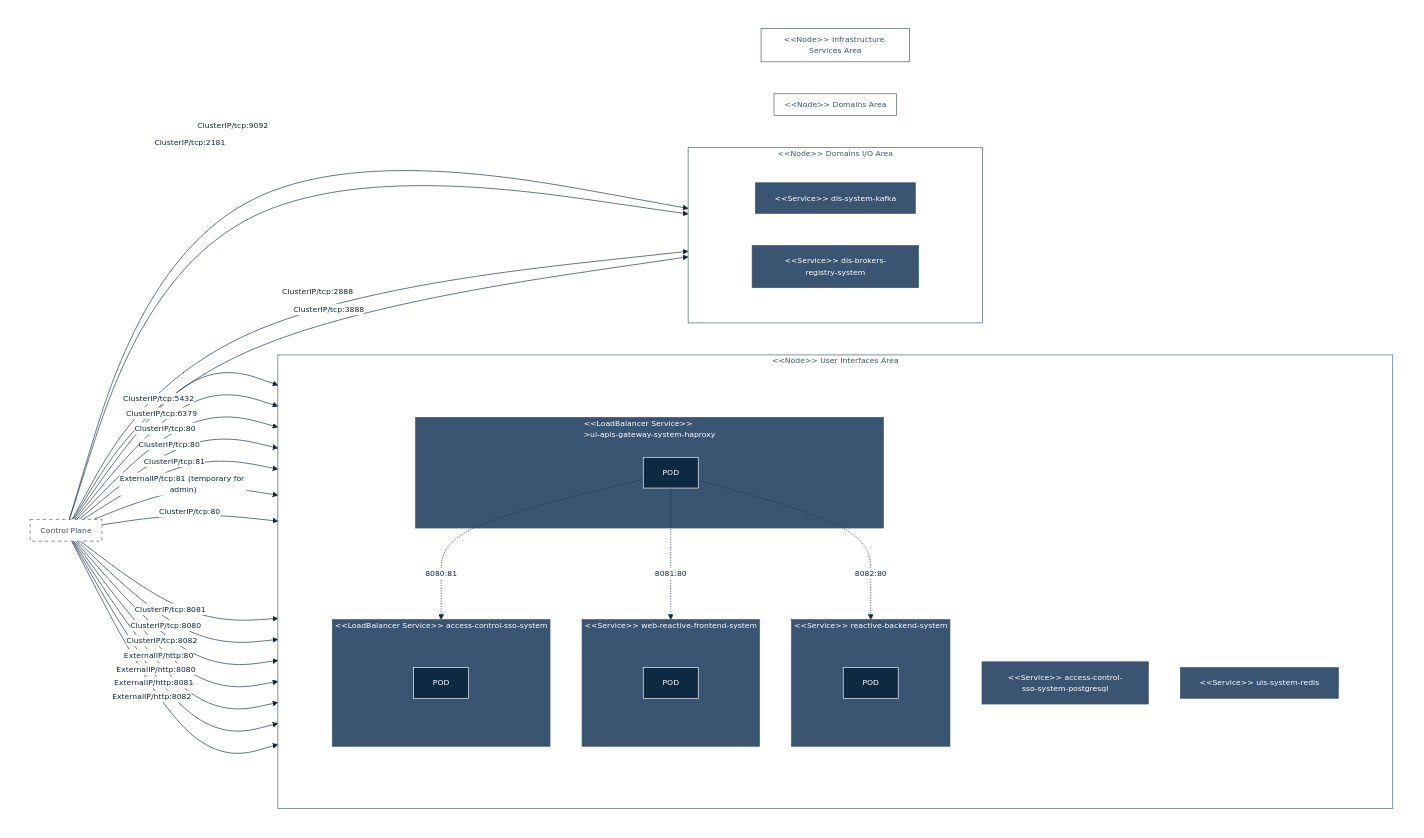
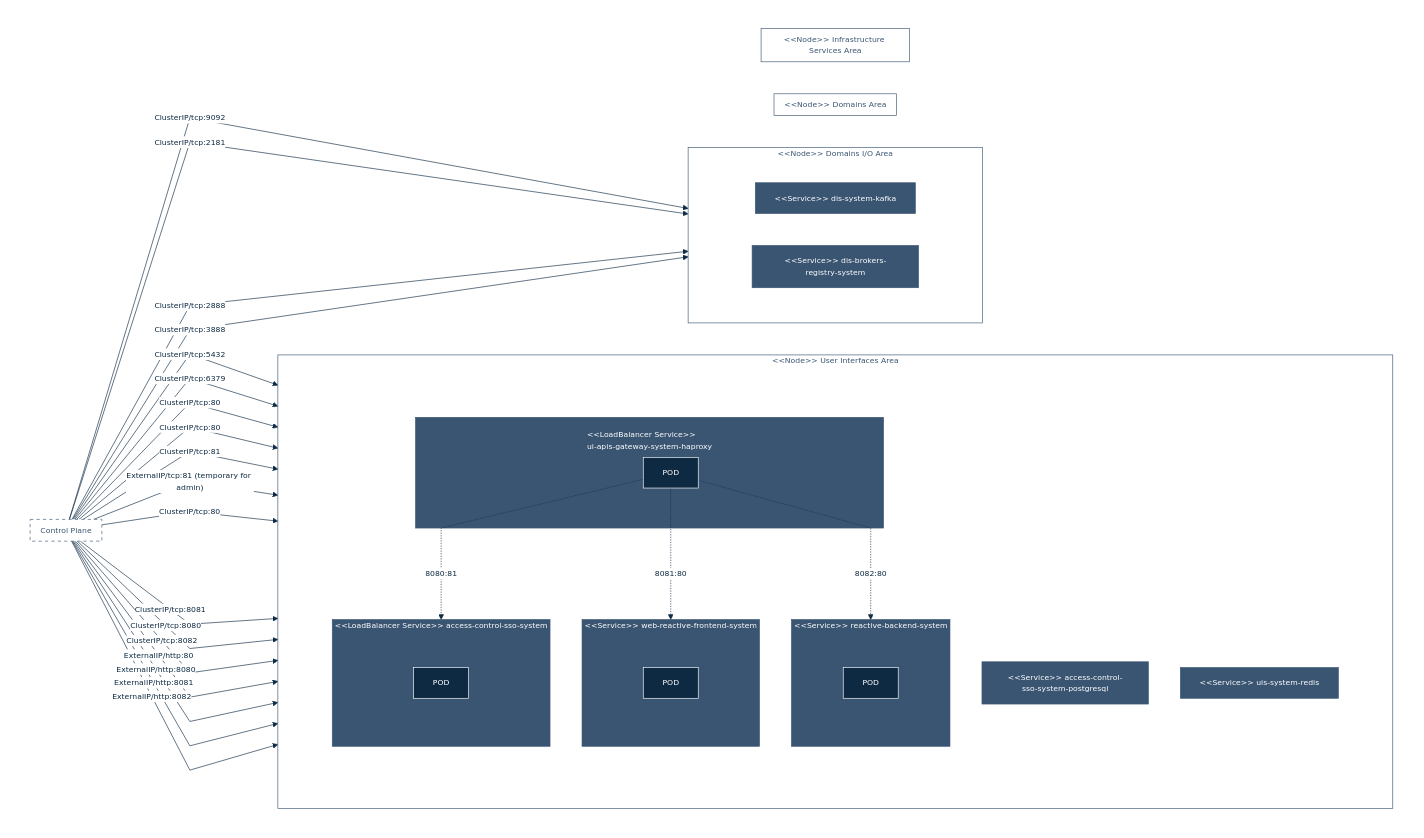
The diagram in implementations-line/systems/README.md (cybnity/foundation), drawn with Mermaid before and after one commit.

```diff
--- a/implementations-line/systems/README.md
+++ b/implementations-line/systems/README.md
@@ -95,7 +95,7 @@
         'noteTextColor': '#fff',
         'noteBorderColor': '#fff'
     },
-    'flowchart': { 'curve': 'basis' }
+    'flowchart': { 'curve': 'linear' }
   }
 }%%
 flowchart LR
@@ -107,7 +107,7 @@
        direction LR
        subgraph uilayer1[" "]
          direction TB
-         subgraph service8[" #60;#60;LoadBalancer Service#62;#62; <br> >ui-apis-gateway-system-haproxy "]
+         subgraph service8["\n #60;#60;LoadBalancer Service#62;#62; <br> ui-apis-gateway-system-haproxy "]
             podproxy1["POD"]
          end
          subgraph service1[" #60;#60;Service#62;#62; web-reactive-frontend-system "]
```
